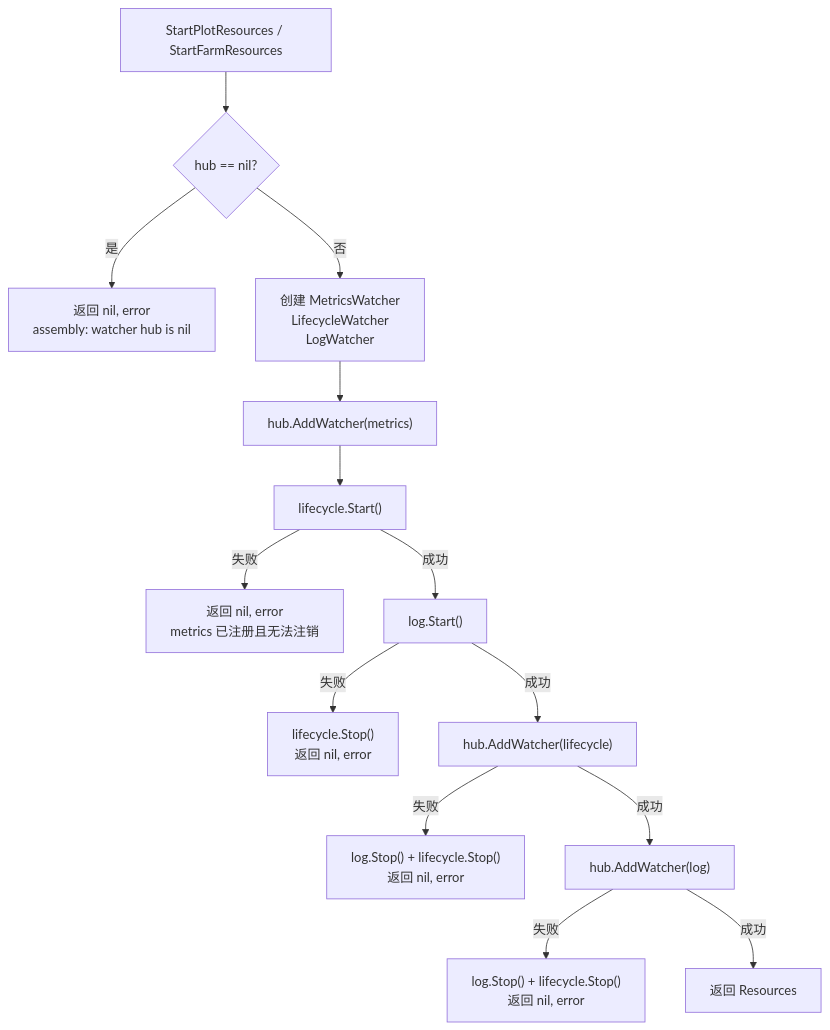
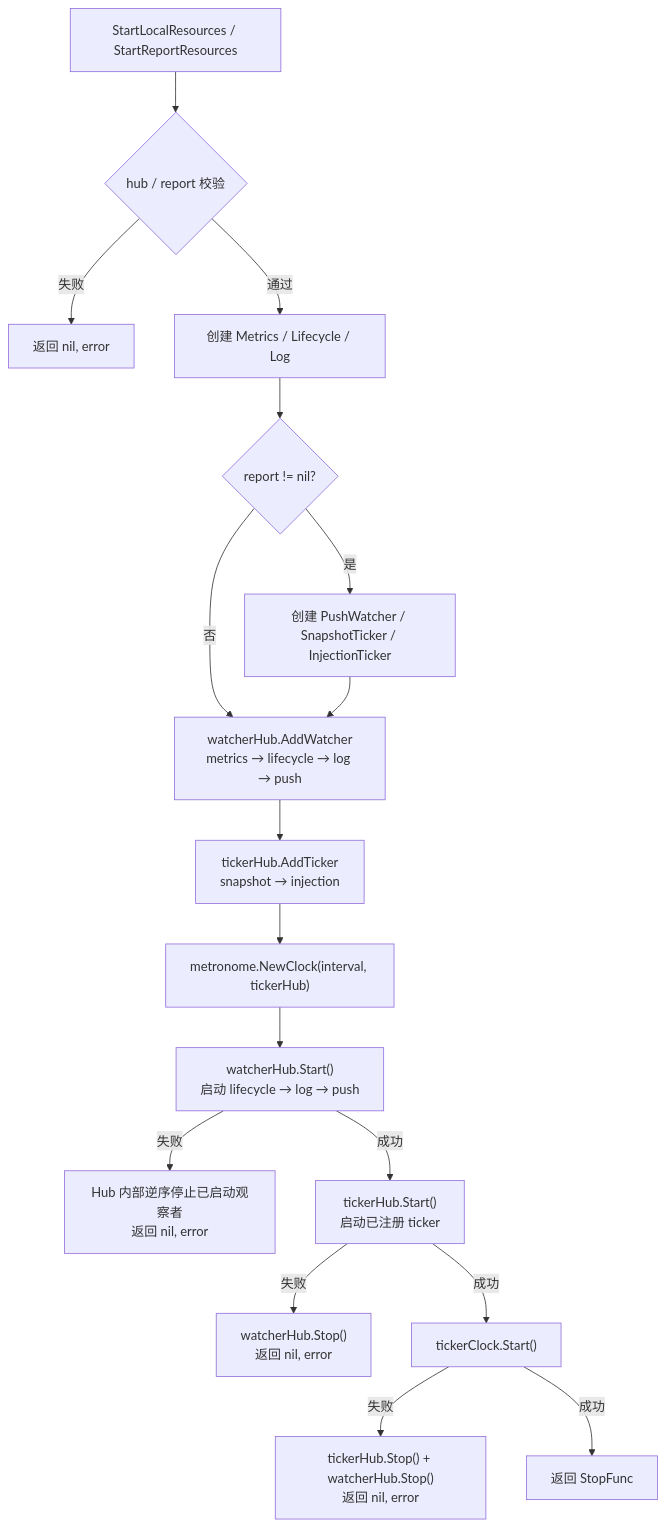
The first of 2 diagrams in docs/zh-CN/pkg/assembly/assembly.md (Mr-xiaotian/CelestialGrow), drawn with Mermaid before and after one commit. The commit also changed other lines of this file and 49 other files, not shown here.

````diff
--- a/docs/zh-CN/pkg/assembly/assembly.md
+++ b/docs/zh-CN/pkg/assembly/assembly.md
@@ -106,16 +164,19 @@
 ```mermaid
 flowchart TD
-    A[StartPlotResources / StartFarmResources] --> B{hub == nil?}
-    B -- 是 --> E1["返回 nil, error<br/>assembly: watcher hub is nil"]
-    B -- 否 --> C["创建 MetricsWatcher<br/>LifecycleWatcher<br/>LogWatcher"]
-    C --> D1["hub.AddWatcher(metrics)"]
-    D1 --> D2["lifecycle.Start()"]
-    D2 -- 失败 --> E2["返回 nil, error<br/>metrics 已注册且无法注销"]
-    D2 -- 成功 --> D3["log.Start()"]
-    D3 -- 失败 --> R1["lifecycle.Stop()<br/>返回 nil, error"]
-    D3 -- 成功 --> D4["hub.AddWatcher(lifecycle)"]
-    D4 -- 失败 --> R2["log.Stop() + lifecycle.Stop()<br/>返回 nil, error"]
-    D4 -- 成功 --> D5["hub.AddWatcher(log)"]
-    D5 -- 失败 --> R3["log.Stop() + lifecycle.Stop()<br/>返回 nil, error"]
-    D5 -- 成功 --> OK["返回 Resources"]
+    A[StartLocalResources / StartReportResources] --> B{hub / report 校验}
+    B -- 失败 --> E1["返回 nil, error"]
+    B -- 通过 --> C["创建 Metrics / Lifecycle / Log"]
+    C --> C2{report != nil?}
+    C2 -- 是 --> C3["创建 PushWatcher / SnapshotTicker / InjectionTicker"]
+    C2 -- 否 --> D
+    C3 --> D["watcherHub.AddWatcher<br/>metrics → lifecycle → log → push"]
+    D --> D2["tickerHub.AddTicker<br/>snapshot → injection"]
+    D2 --> D3["metronome.NewClock(interval, tickerHub)"]
+    D3 --> D4["watcherHub.Start()<br/>启动 lifecycle → log → push"]
+    D4 -- 失败 --> R1["Hub 内部逆序停止已启动观察者<br/>返回 nil, error"]
+    D4 -- 成功 --> D5["tickerHub.Start()<br/>启动已注册 ticker"]
+    D5 -- 失败 --> R2["watcherHub.Stop()<br/>返回 nil, error"]
+    D5 -- 成功 --> D6["tickerClock.Start()"]
+    D6 -- 失败 --> R3["tickerHub.Stop() + watcherHub.Stop()<br/>返回 nil, error"]
+    D6 -- 成功 --> OK["返回 StopFunc"]
 ```
````
